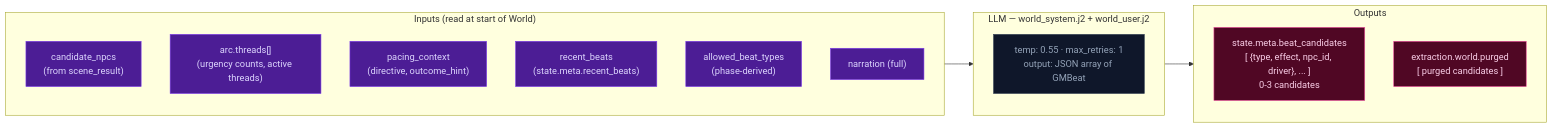
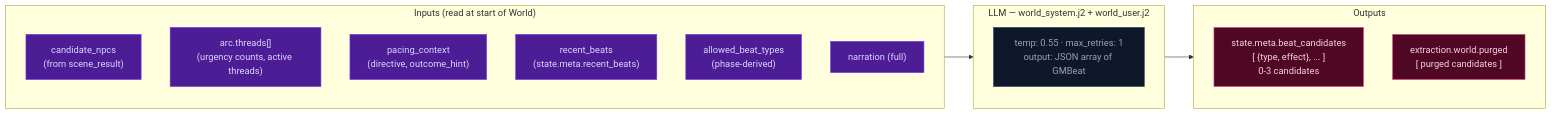
One commit to pww217/fablethread changed the diagram in docs/architecture/step2d-world.md. Above: the diagram before and after it, drawn with Mermaid. The commit also changed other lines of this file and 11 other files, not shown here.

````diff
--- a/docs/architecture/step2d-world.md
+++ b/docs/architecture/step2d-world.md
@@ -13,26 +13,26 @@
 ```mermaid
 flowchart LR
     classDef llmNode fill:#0f172a,color:#94a3b8,stroke:#334155
     classDef xstream fill:#4c1d95,color:#ddd6fe,stroke:#7c3aed
     classDef outNode fill:#500724,color:#fbcfe8,stroke:#ec4899
 
     subgraph IN["Inputs (read at start of World)"]
         S1["candidate_npcs<br>(from scene_result)"]:::xstream
         S2["arc.threads[]<br>(urgency counts, active threads)"]:::xstream
         S3["pacing_context<br>(directive, outcome_hint)"]:::xstream
         S4["recent_beats<br>(state.meta.recent_beats)"]:::xstream
         S5["allowed_beat_types<br>(phase-derived)"]:::xstream
         S6["narration (full)"]:::xstream
     end
 
     subgraph LLM["LLM — world_system.j2 + world_user.j2"]
         WL["temp: 0.55 · max_retries: 1<br>output: JSON array of GMBeat"]:::llmNode
     end
 
     subgraph OUT["Outputs"]
-        O1["state.meta.beat_candidates<br>[ {type, effect, npc_id, driver}, ... ]<br>0-3 candidates"]:::outNode
+        O1["state.meta.beat_candidates<br>[ {type, effect}, ... ]<br>0-3 candidates"]:::outNode
         O2["extraction.world.purged<br>[ purged candidates ]"]:::outNode
     end
 
     IN --> LLM --> OUT
 ```
````
